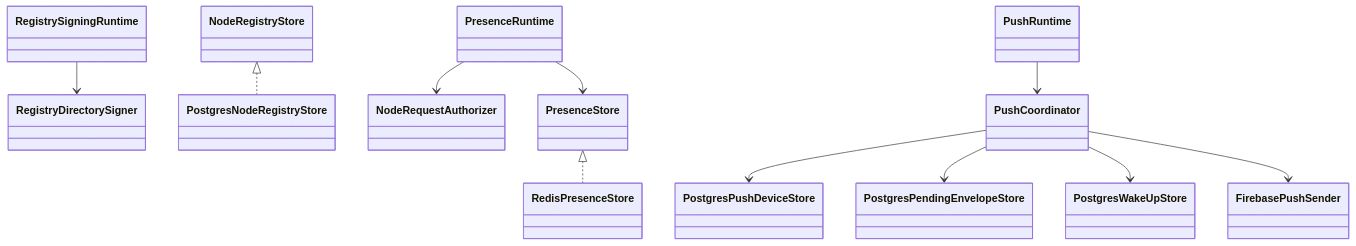
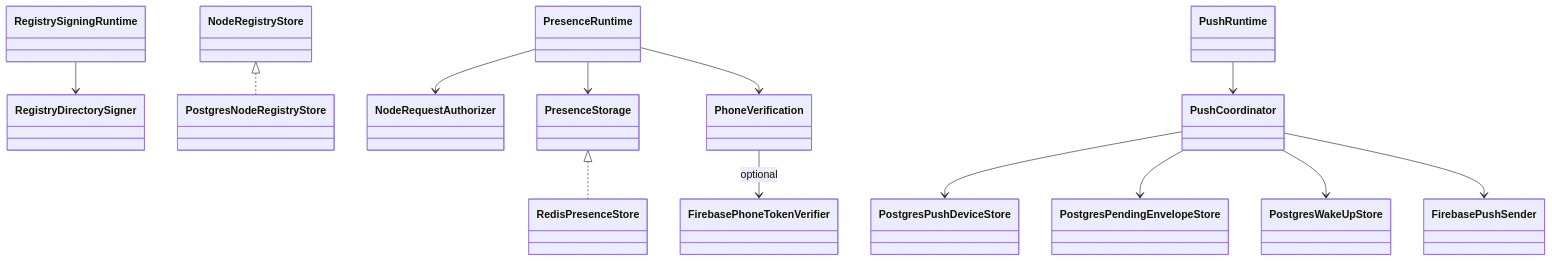
Before and after one commit to cbgm/Sparrow: the second of 3 diagrams in docs/server/overview.md, drawn with Mermaid. The commit also changed other lines of this file and 102 other files, not shown here.

````diff
--- a/docs/server/overview.md
+++ b/docs/server/overview.md
@@ -151,28 +159,32 @@
 ```mermaid
 classDiagram
     class RegistrySigningRuntime
     class RegistryDirectorySigner
     class NodeRegistryStore
     class PostgresNodeRegistryStore
     class PresenceRuntime
     class NodeRequestAuthorizer
-    class PresenceStore
+    class PresenceStorage
     class RedisPresenceStore
+    class PhoneVerification
+    class FirebasePhoneTokenVerifier
     class PushRuntime
     class PushCoordinator
     class PostgresPushDeviceStore
     class PostgresPendingEnvelopeStore
     class PostgresWakeUpStore
     class FirebasePushSender
 
     RegistrySigningRuntime --> RegistryDirectorySigner
     NodeRegistryStore <|.. PostgresNodeRegistryStore
     PresenceRuntime --> NodeRequestAuthorizer
-    PresenceRuntime --> PresenceStore
-    PresenceStore <|.. RedisPresenceStore
+    PresenceRuntime --> PresenceStorage
+    PresenceStorage <|.. RedisPresenceStore
+    PresenceRuntime --> PhoneVerification
+    PhoneVerification --> FirebasePhoneTokenVerifier : optional
     PushRuntime --> PushCoordinator
     PushCoordinator --> PostgresPushDeviceStore
     PushCoordinator --> PostgresPendingEnvelopeStore
     PushCoordinator --> PostgresWakeUpStore
     PushCoordinator --> FirebasePushSender
 ```
````
